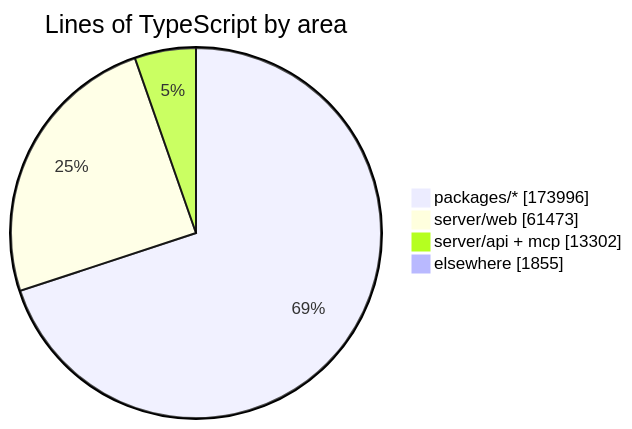
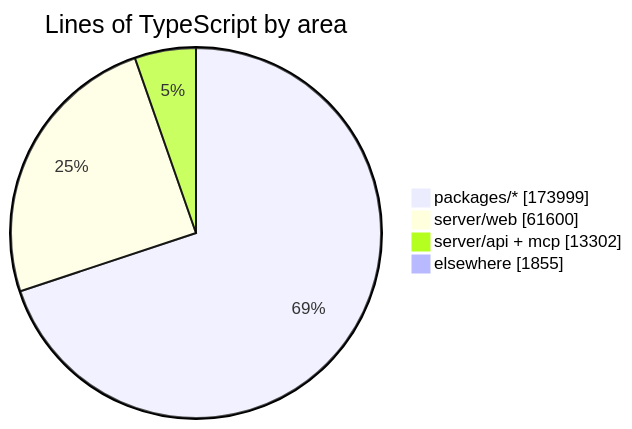
The diagram in README.md (crossworks-engineering/mantle), drawn with Mermaid before and after one commit. The commit also changed other lines of this file and 2 other files, not shown here.

````diff
--- a/README.md
+++ b/README.md
@@ -279,7 +279,7 @@
 ```mermaid
 pie showData title Lines of TypeScript by area
-    "packages/*" : 173996
-    "server/web" : 61473
+    "packages/*" : 173999
+    "server/web" : 61600
     "server/api + mcp" : 13302
     "elsewhere" : 1855
 ```
````
